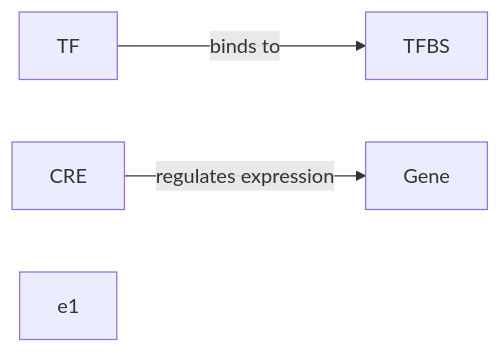
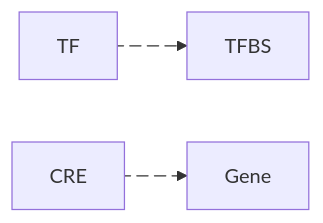
One commit to Yongsik-Lee/marl changed the diagram in _posts/2025-04-28-20205266.md. Above: the diagram before and after it, drawn with Mermaid.

```diff
--- a/_posts/2025-04-28-20205266.md
+++ b/_posts/2025-04-28-20205266.md
@@ -79,6 +79,7 @@
 <div class="mermaid">
 flowchart LR
-  TF -->|binds to| TFBS
-  CRE -->|regulates expression| Gene
+  TF e1@--> TFBS
+  CRE e2@--> Gene
   e1@{ animation: fast }
+  e2@{ animation: slow }
 </div>
```
